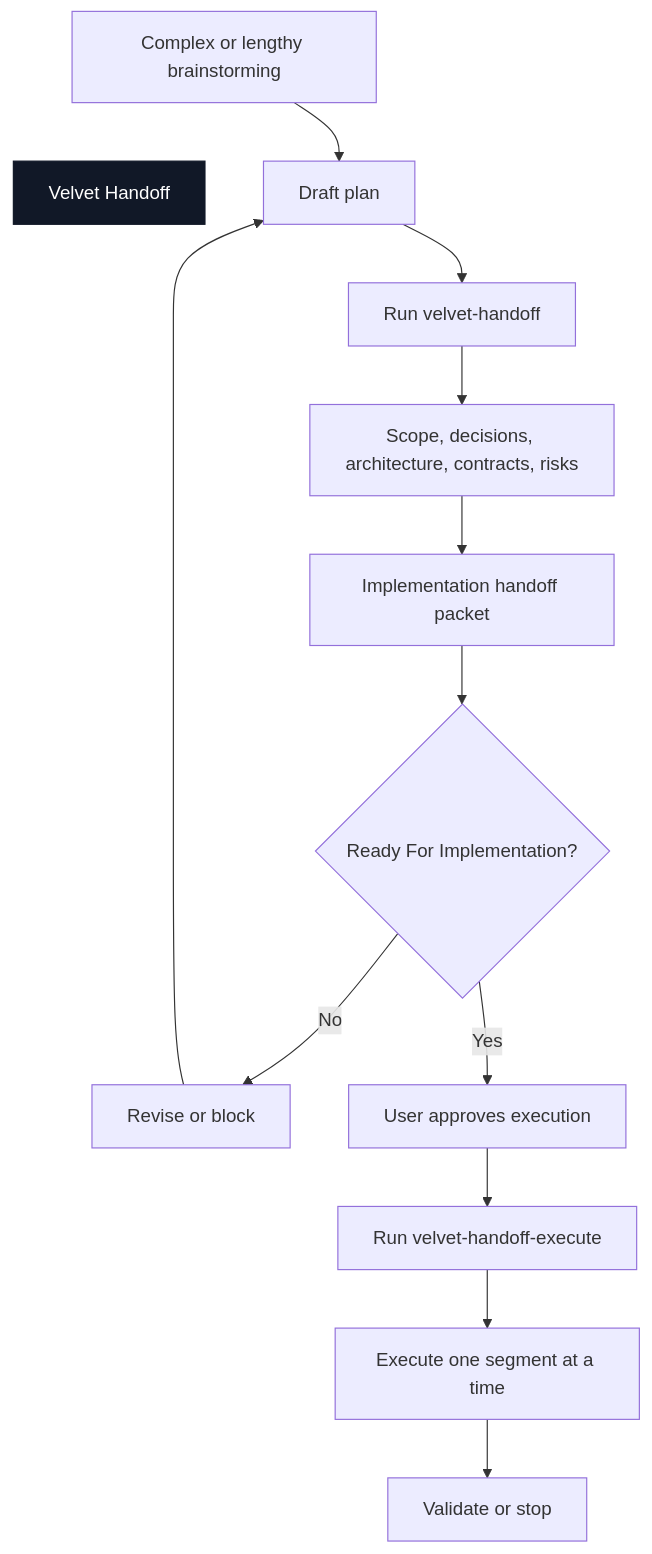
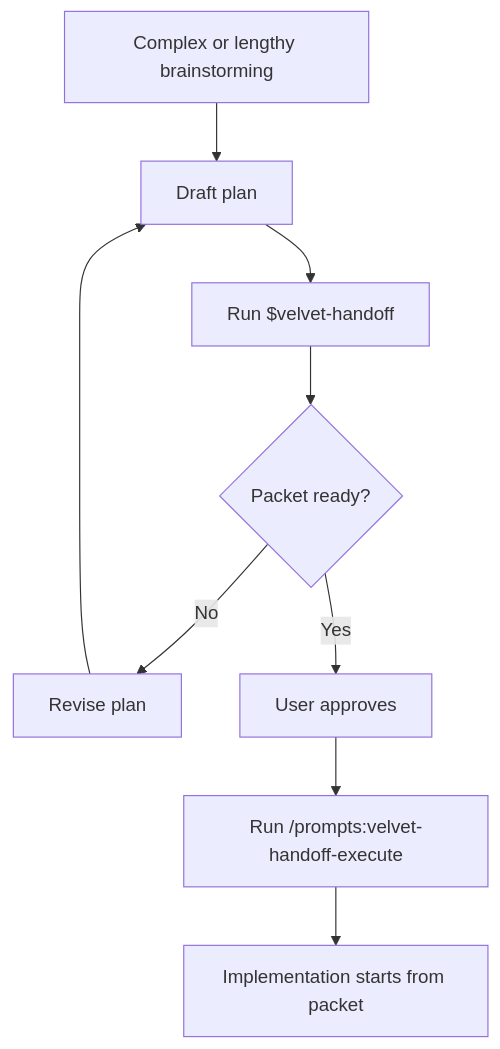
One commit to emilios-eth/velvet-handoff changed the diagram in README.md. Above: the diagram before and after it, drawn with Mermaid. The commit also changed other lines of this file and 1 other file, not shown here.

Commit message:
Simplify README flow to real entry points

````diff
--- a/README.md
+++ b/README.md
@@ -11,16 +11,12 @@
 ```mermaid
 flowchart TD
-    A["Complex or lengthy brainstorming"] ~~~ BRAND["Velvet Handoff"]
+    A["Complex or lengthy brainstorming"]
     A --> B["Draft plan"]
-    B --> C["Run velvet-handoff"]
-    C --> D["Scope, decisions, architecture, contracts, risks"]
-    D --> E["Implementation handoff packet"]
-    E --> F{"Ready For Implementation?"}
-    F -->|No| G["Revise or block"]
-    G --> B
-    F -->|Yes| H["User approves execution"]
-    H --> I["Run velvet-handoff-execute"]
-    I --> J["Execute one segment at a time"]
-    J --> K["Validate or stop"]
-    style BRAND fill:#111827,color:#ffffff,stroke:#111827
+    B --> C["Run $velvet-handoff"]
+    C --> D{"Packet ready?"}
+    D -->|No| E["Revise plan"]
+    E --> B
+    D -->|Yes| F["User approves"]
+    F --> G["Run /prompts:velvet-handoff-execute"]
+    G --> H["Implementation starts from packet"]
 ```
````
